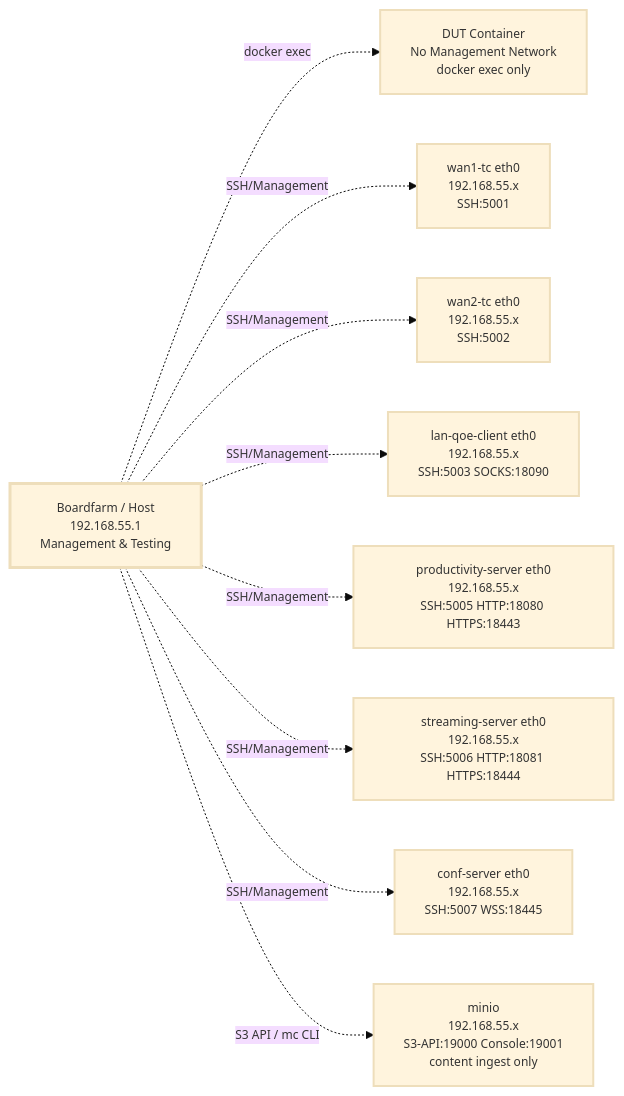
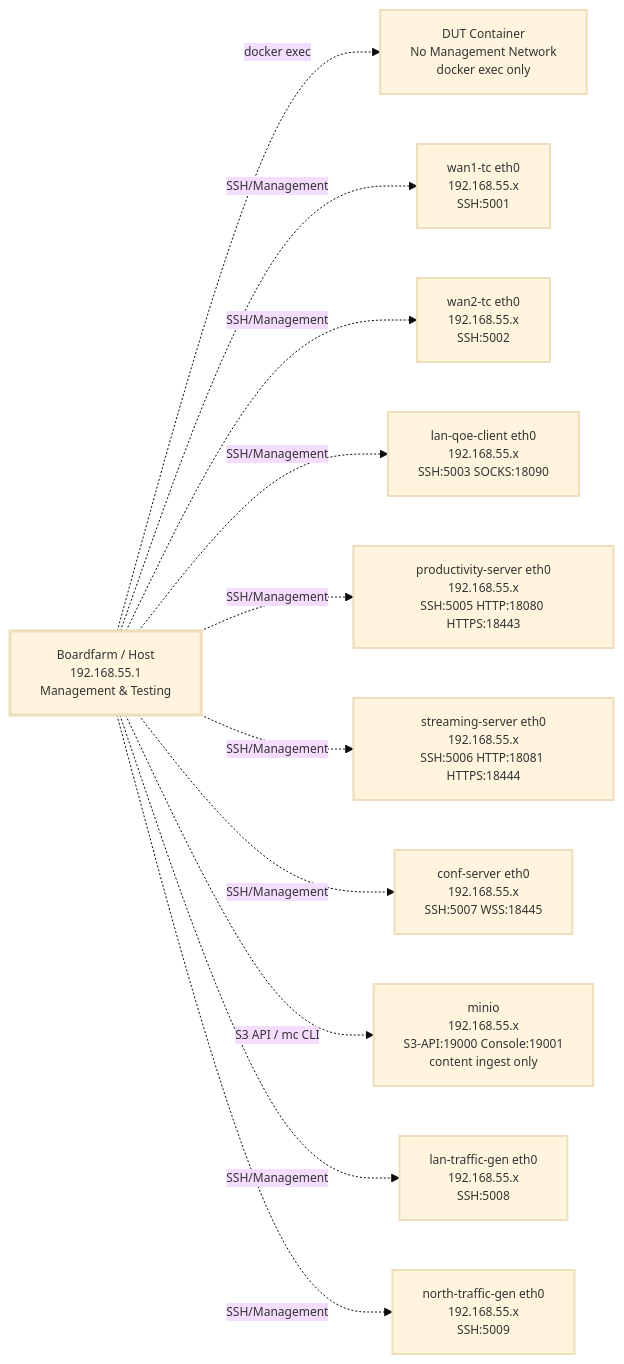
Before and after one commit to alottabits/boardfarm-bdd: the first of 2 diagrams in docs/examples/sdwan-digital-twin/testbed-configuration.md, drawn with Mermaid. The commit also changed other lines of this file and 21 other files, not shown here.

````diff
--- a/docs/examples/sdwan-digital-twin/testbed-configuration.md
+++ b/docs/examples/sdwan-digital-twin/testbed-configuration.md
@@ -87,28 +88,32 @@
 ```mermaid
 %%{init: {'theme': 'base', 'themeVariables': { 'fontSize': '12px', 'fontFamily': 'arial' }}}%%
 flowchart LR
     MGMT[Boardfarm / Host<br/>192.168.55.1<br/>Management & Testing]
 
     DUT_MGMT[DUT Container<br/>No Management Network<br/>docker exec only]
     TC1_MGMT[wan1-tc eth0<br/>192.168.55.x<br/>SSH:5001]
     TC2_MGMT[wan2-tc eth0<br/>192.168.55.x<br/>SSH:5002]
     LAN_MGMT[lan-qoe-client eth0<br/>192.168.55.x<br/>SSH:5003 SOCKS:18090]
     PROD_MGMT[productivity-server eth0<br/>192.168.55.x<br/>SSH:5005 HTTP:18080 HTTPS:18443]
     STREAM_MGMT[streaming-server eth0<br/>192.168.55.x<br/>SSH:5006 HTTP:18081 HTTPS:18444]
     CONF_MGMT[conf-server eth0<br/>192.168.55.x<br/>SSH:5007 WSS:18445]
     MINIO_MGMT[minio<br/>192.168.55.x<br/>S3-API:19000 Console:19001<br/>content ingest only]
+    LAN_TG_MGMT[lan-traffic-gen eth0<br/>192.168.55.x<br/>SSH:5008]
+    NORTH_TG_MGMT[north-traffic-gen eth0<br/>192.168.55.x<br/>SSH:5009]
 
     MGMT -.->|docker exec| DUT_MGMT
     MGMT -.->|SSH/Management| TC1_MGMT
     MGMT -.->|SSH/Management| TC2_MGMT
     MGMT -.->|SSH/Management| LAN_MGMT
     MGMT -.->|SSH/Management| PROD_MGMT
     MGMT -.->|SSH/Management| STREAM_MGMT
     MGMT -.->|SSH/Management| CONF_MGMT
     MGMT -.->|S3 API / mc CLI| MINIO_MGMT
+    MGMT -.->|SSH/Management| LAN_TG_MGMT
+    MGMT -.->|SSH/Management| NORTH_TG_MGMT
 
     classDef mgmt stroke-width:3px
     classDef container stroke-width:2px
     class MGMT mgmt
-    class DUT_MGMT,TC1_MGMT,TC2_MGMT,LAN_MGMT,PROD_MGMT,STREAM_MGMT,CONF_MGMT,MINIO_MGMT container
+    class DUT_MGMT,TC1_MGMT,TC2_MGMT,LAN_MGMT,PROD_MGMT,STREAM_MGMT,CONF_MGMT,MINIO_MGMT,LAN_TG_MGMT,NORTH_TG_MGMT container
 ```
````
